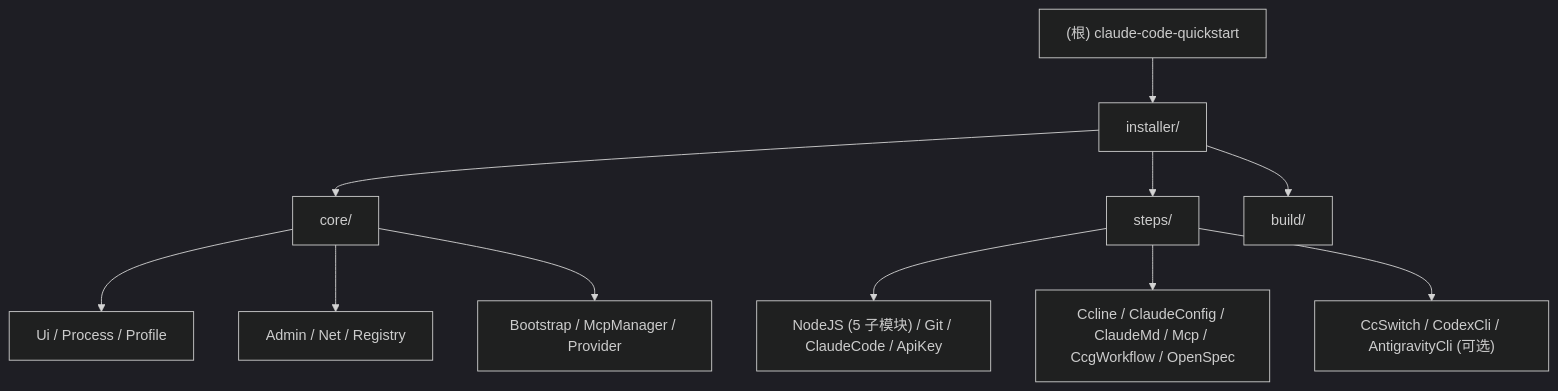
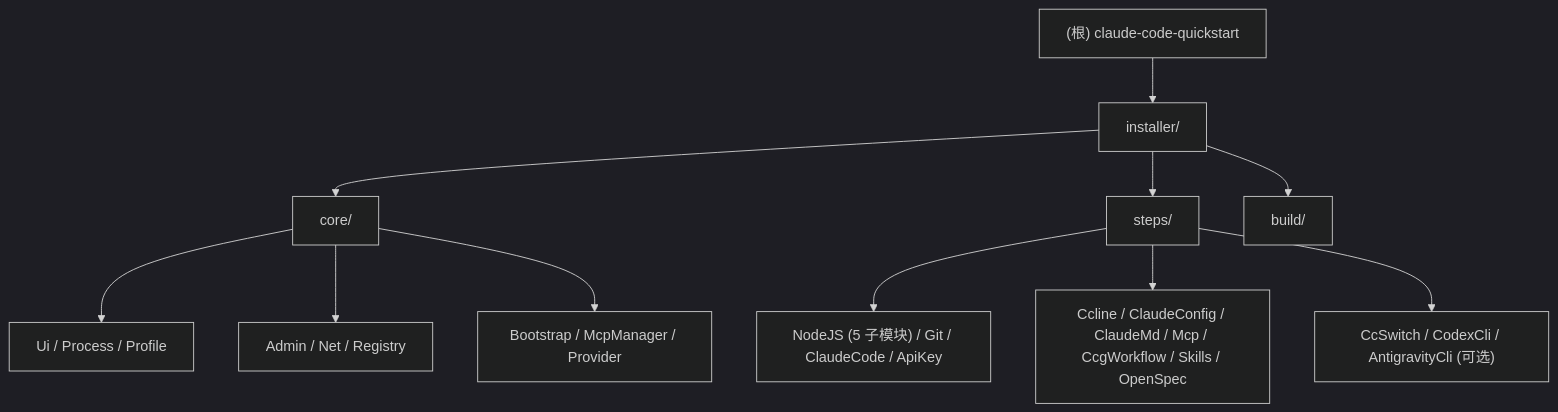
Before and after one commit to hkxiaoyao/claude-code-quickstart: the diagram in CLAUDE.md, drawn with Mermaid (dark theme). The commit also changed other lines of this file and 6 other files, not shown here.

First line of the commit message:
feat(Skills): 新增 Claude Code Skills 可选安装步骤

````diff
--- a/CLAUDE.md
+++ b/CLAUDE.md
@@ -24,15 +24,15 @@
 ```mermaid
 graph TD
     A["(根) claude-code-quickstart"] --> B["installer/"]
     B --> C["core/"]
     B --> D["steps/"]
     B --> E["build/"]
     C --> C1["Ui / Process / Profile"]
     C --> C2["Admin / Net / Registry"]
     C --> C3["Bootstrap / McpManager / Provider"]
     D --> D1["NodeJS (5 子模块) / Git / ClaudeCode / ApiKey"]
-    D --> D2["Ccline / ClaudeConfig / ClaudeMd / Mcp / CcgWorkflow / OpenSpec"]
+    D --> D2["Ccline / ClaudeConfig / ClaudeMd / Mcp / CcgWorkflow / Skills / OpenSpec"]
     D --> D3["CcSwitch / CodexCli / AntigravityCli (可选)"]
     click C "./installer/core/CLAUDE.md"
     click D "./installer/steps/CLAUDE.md"
 ```
````
